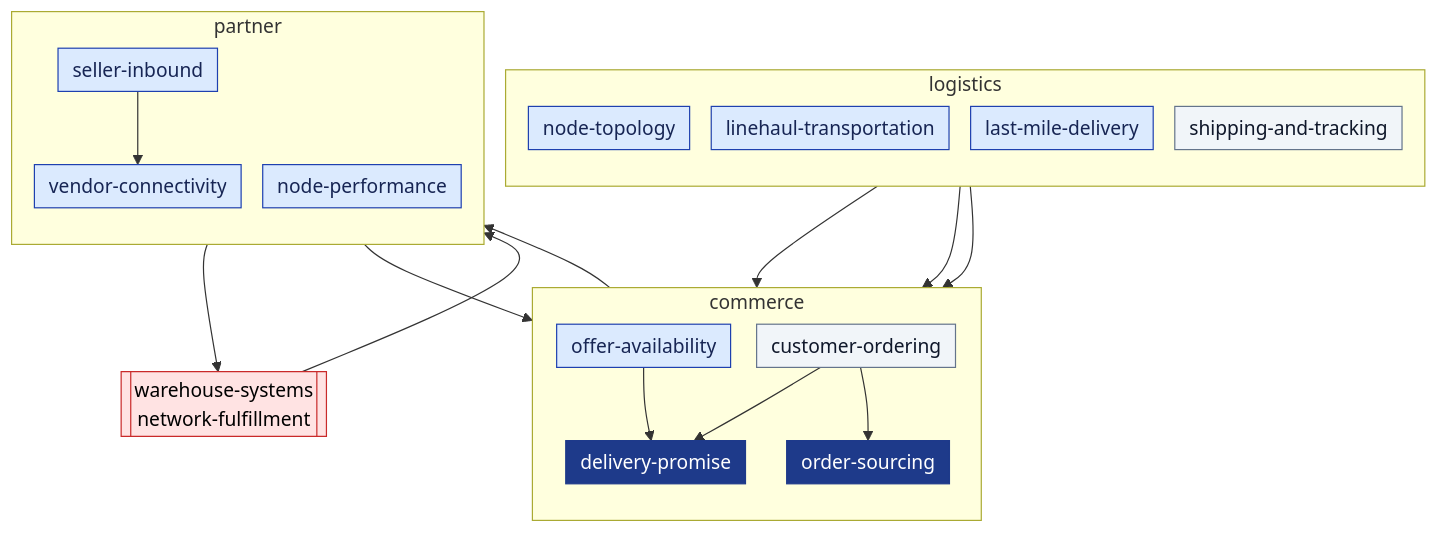
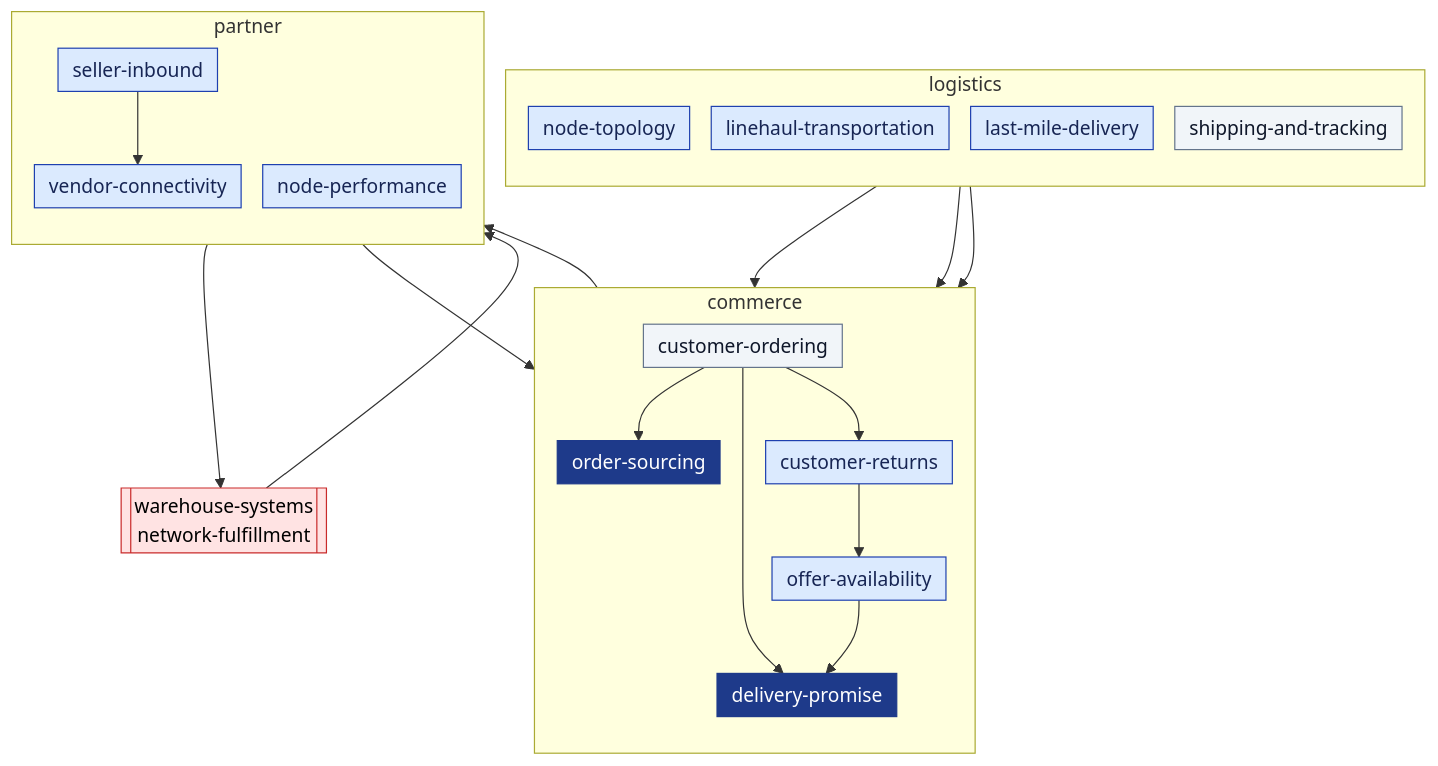
The diagram in network/docs/overview.md (IQVO/warehouse-docs), drawn with Mermaid before and after one commit. The commit also changed other lines of this file and 50 other files, not shown here.

First line of the commit message:
docs(network): customer-returns is the twelfth as-built context

````diff
--- a/network/docs/overview.md
+++ b/network/docs/overview.md
@@ -49,40 +55,43 @@
 ```mermaid
 %%{init: {"flowchart": {"nodeSpacing": 18, "rankSpacing": 36, "padding": 6}}}%%
 flowchart TB
     classDef core fill:#1e3a8a,stroke:#1e3a8a,color:#fff
     classDef sup fill:#dbeafe,stroke:#1e40af,color:#172554
     classDef gen fill:#f1f5f9,stroke:#64748b,color:#0f172a
     classDef ext fill:#ffe3e3,stroke:#c92a2a,color:#000
     subgraph COM["commerce"]
         direction TB
         CO["customer-ordering"]:::gen
         DP["delivery-promise"]:::core
         OS["order-sourcing"]:::core
         OA["offer-availability"]:::sup
+        CR["customer-returns"]:::sup
     end
     subgraph LOG["logistics"]
         direction TB
         NT["node-topology"]:::sup
         LH["linehaul-transportation"]:::sup
         LM["last-mile-delivery"]:::sup
         ST["shipping-and-tracking"]:::gen
     end
     subgraph PAR["partner"]
         direction TB
         VC["vendor-connectivity"]:::sup
         NP["node-performance"]:::sup
         SI["seller-inbound"]:::sup
     end
     NF[["warehouse-systems<br/>network-fulfillment"]]:::ext
     CO --> DP
     CO --> OS
     OS --> VC
     VC --> NF
     NF --> VC
     NT --> DP
     LH --> DP
     LM --> DP
     NP --> DP
     OA --> DP
     SI --> VC
+    CO --> CR
+    CR --> OA
 ```
````
